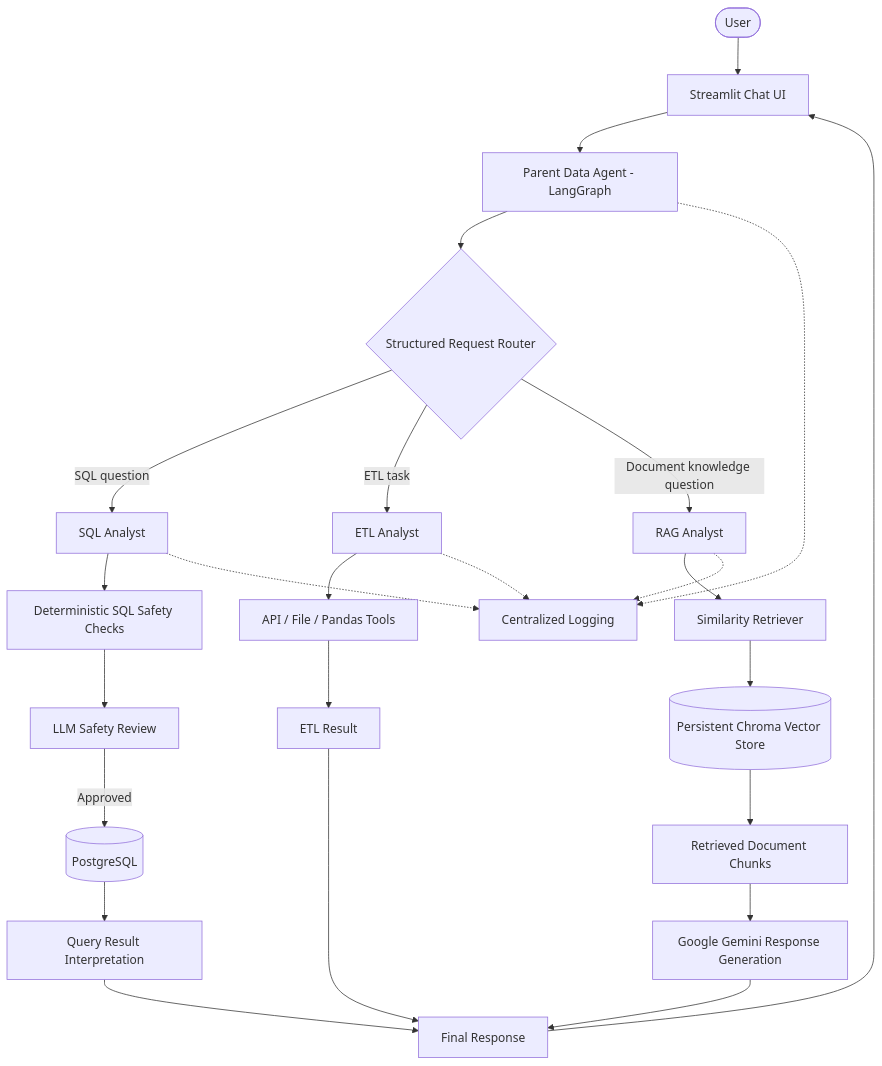
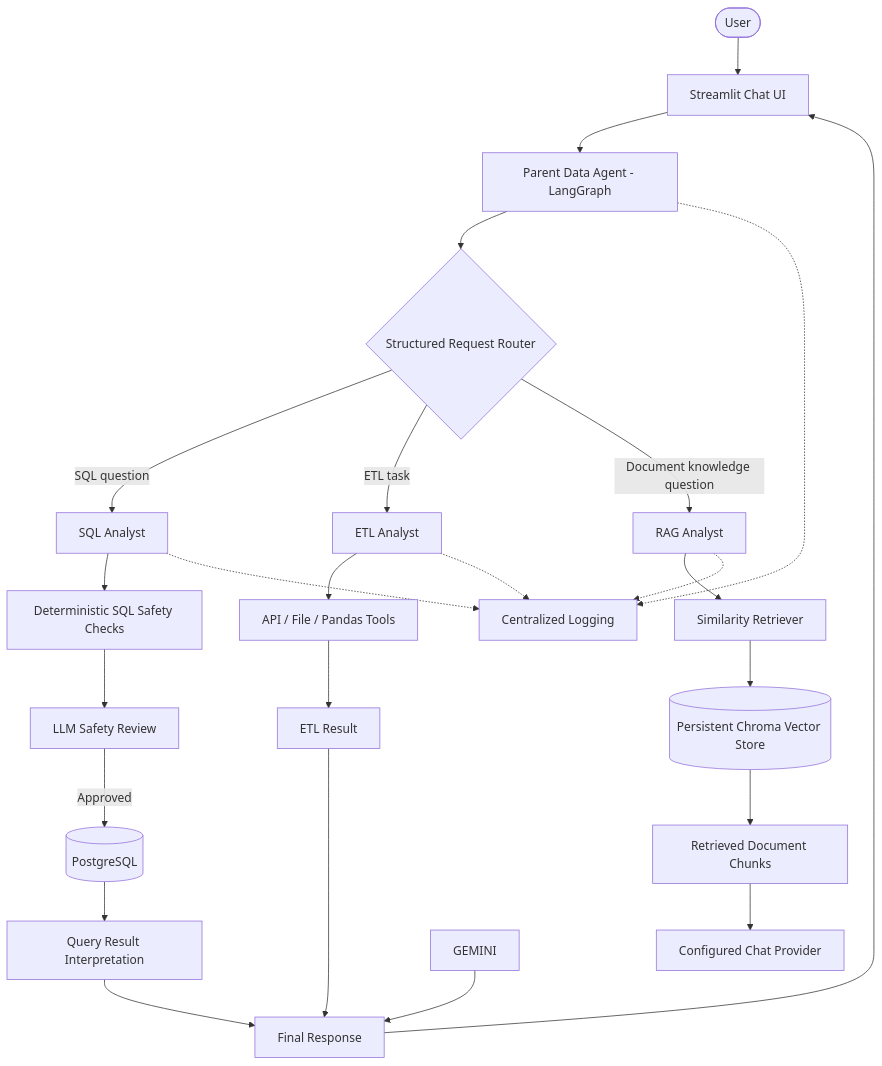
Before and after one commit to swapniltake1/agentic-data-intelligence-platform: the fourth of 7 diagrams in README.md, drawn with Mermaid. The commit also changed other lines of this file and 16 other files, not shown here.

````diff
--- a/README.md
+++ b/README.md
@@ -93,33 +94,33 @@
 ```mermaid
 flowchart TB
     USER([User]) --> UI[Streamlit Chat UI]
     UI --> PARENT[Parent Data Agent - LangGraph]
     PARENT --> ROUTER{Structured Request Router}
 
     ROUTER -->|SQL question| SQL[SQL Analyst]
     ROUTER -->|ETL task| ETL[ETL Analyst]
     ROUTER -->|Document knowledge question| RAG[RAG Analyst]
 
     SQL --> GUARD[Deterministic SQL Safety Checks]
     GUARD --> JUDGE[LLM Safety Review]
     JUDGE -->|Approved| PG[(PostgreSQL)]
     PG --> SQLANSWER[Query Result Interpretation]
 
     ETL --> TOOLS[API / File / Pandas Tools]
     TOOLS --> ETLANSWER[ETL Result]
 
     RAG --> RETRIEVE[Similarity Retriever]
     RETRIEVE --> CHROMA[(Persistent Chroma Vector Store)]
     CHROMA --> CONTEXT[Retrieved Document Chunks]
-    CONTEXT --> GEMINI[Google Gemini Response Generation]
+    CONTEXT --> LLM[Configured Chat Provider]
 
     SQLANSWER --> RESPONSE[Final Response]
     ETLANSWER --> RESPONSE
     GEMINI --> RESPONSE
     RESPONSE --> UI
 
     PARENT -.-> LOGS[Centralized Logging]
     SQL -.-> LOGS
     ETL -.-> LOGS
     RAG -.-> LOGS
 ```
````
